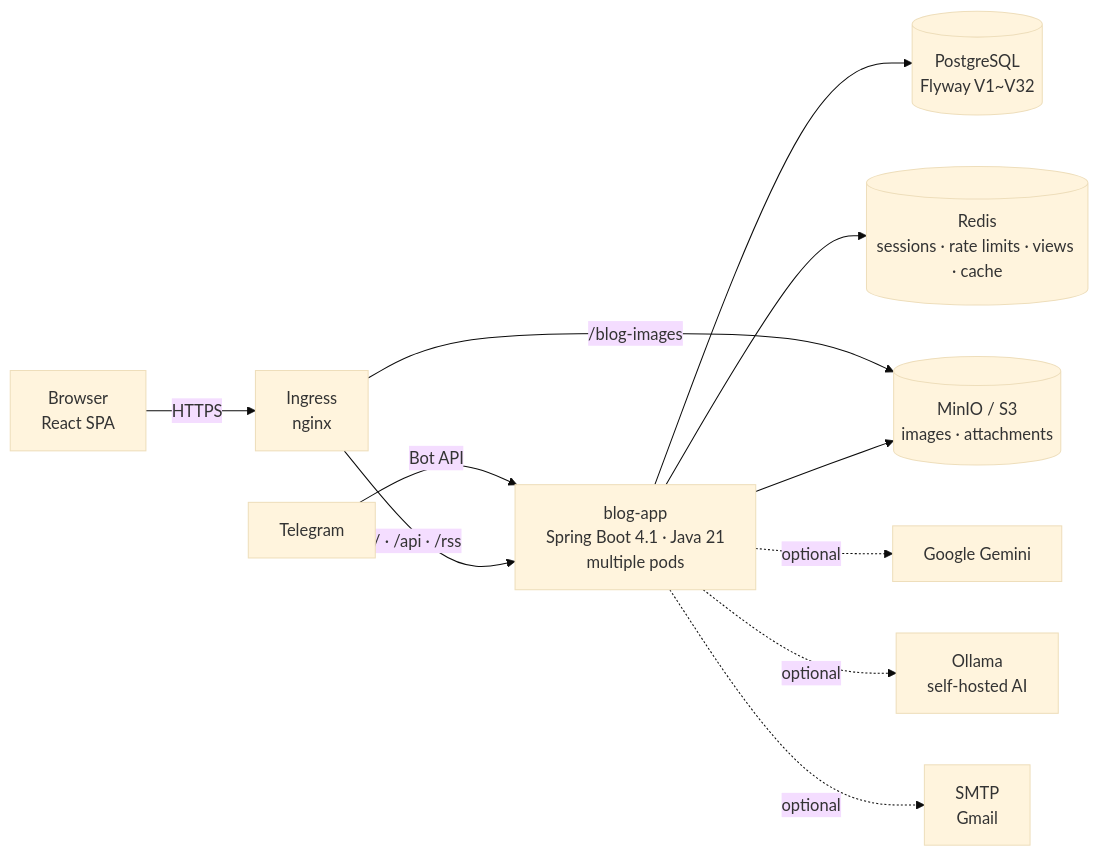
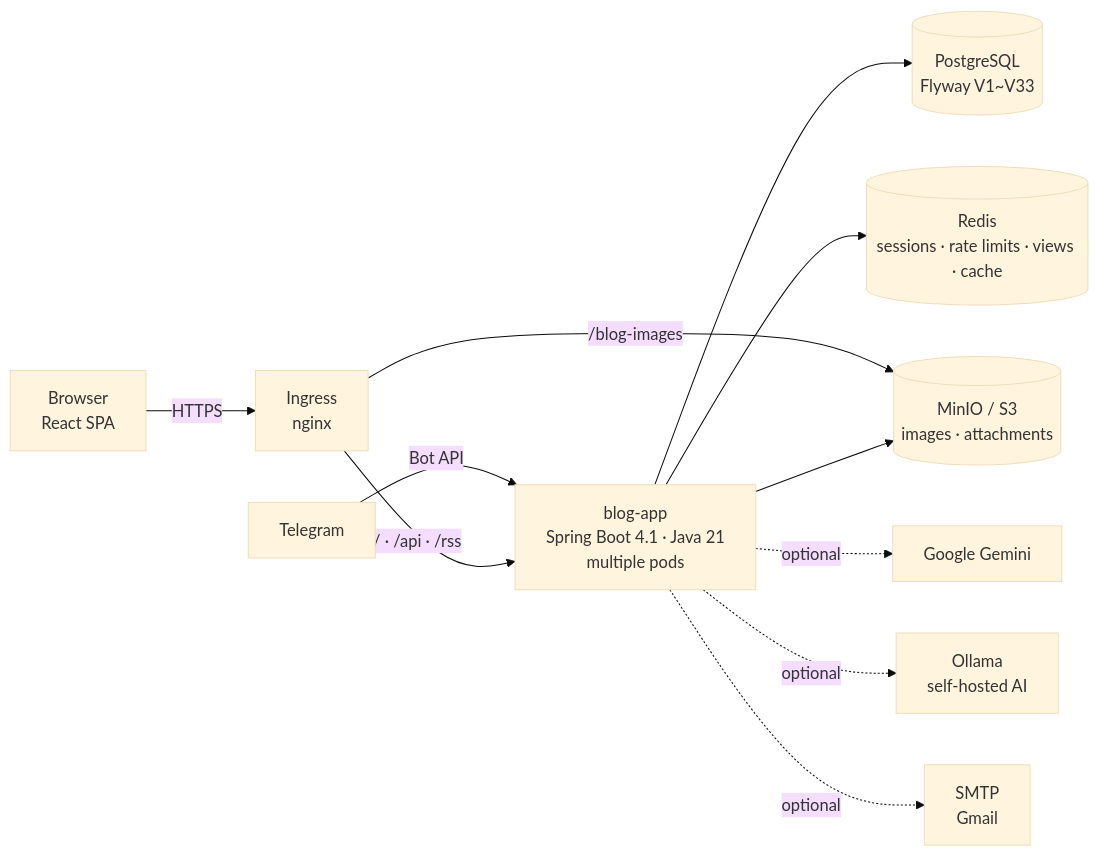
The first of 3 diagrams in README.en.md (AIGJ-01-002-blog/devlog), drawn with Mermaid (base theme) before and after one commit. The commit also changed other lines of this file and 3 other files, not shown here.

````diff
--- a/README.en.md
+++ b/README.en.md
@@ -151,13 +151,13 @@
 ```mermaid
 flowchart LR
     B[Browser<br/>React SPA] -->|HTTPS| I[Ingress<br/>nginx]
     T[Telegram] -->|Bot API| A
     I -->|/ · /api · /rss| A[blog-app<br/>Spring Boot 4.1 · Java 21<br/>multiple pods]
     I -->|/blog-images| M[(MinIO / S3<br/>images · attachments)]
-    A --> P[(PostgreSQL<br/>Flyway V1~V32)]
+    A --> P[(PostgreSQL<br/>Flyway V1~V33)]
     A --> R[(Redis<br/>sessions · rate limits · views · cache)]
     A --> M
     A -.optional.-> G[Google Gemini]
     A -.optional.-> O[Ollama<br/>self-hosted AI]
     A -.optional.-> S[SMTP<br/>Gmail]
 ```
````
